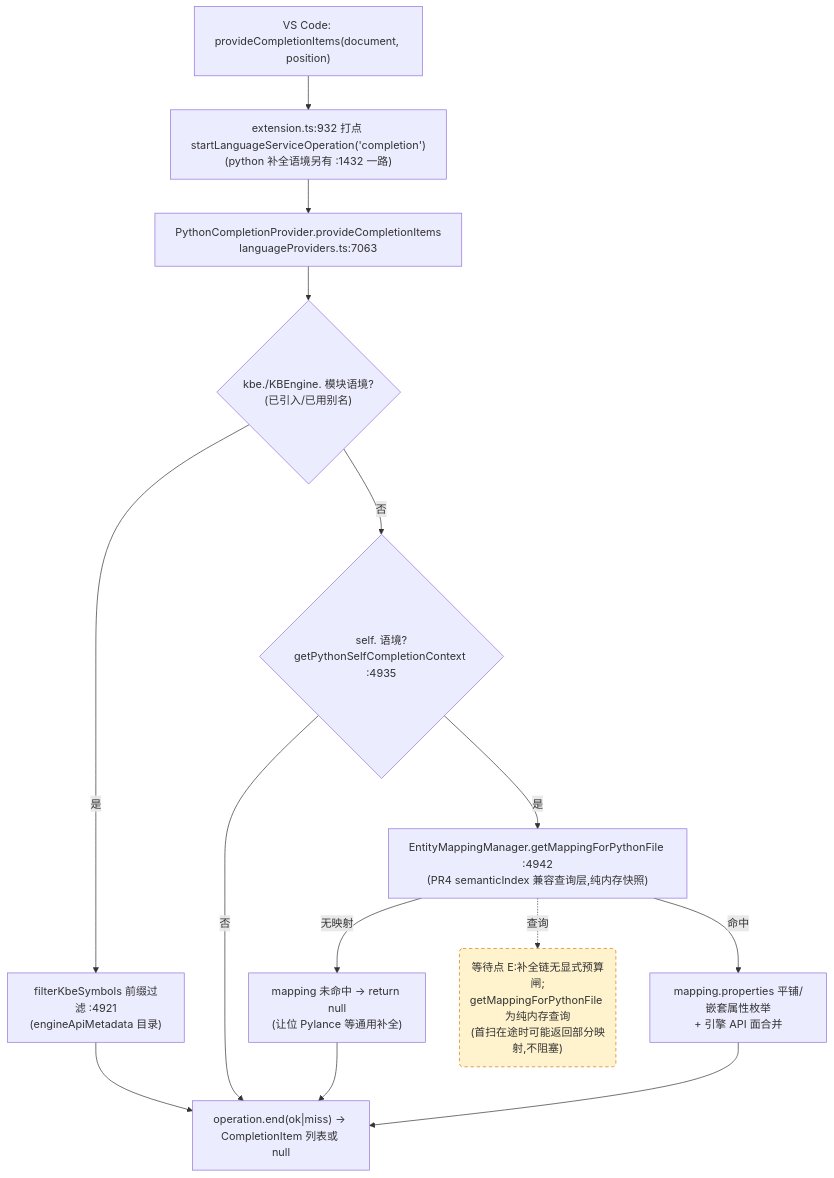
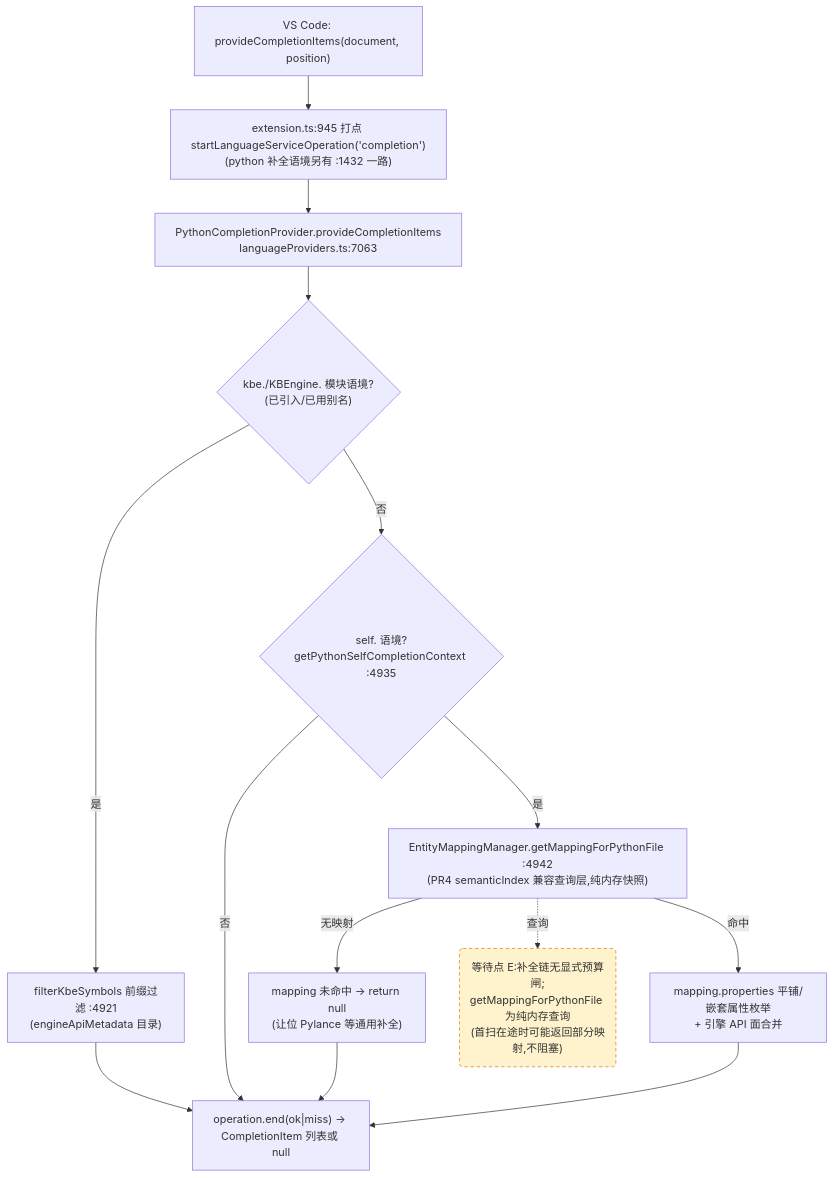
The third of 4 diagrams in docs/perf/2026-baseline.md (cuihairu/kode), drawn with Mermaid before and after one commit. The commit also changed other lines of this file and 8 other files, not shown here.

````diff
--- a/docs/perf/2026-baseline.md
+++ b/docs/perf/2026-baseline.md
@@ -184,27 +184,27 @@
 ```mermaid
 flowchart TD
   VC3["VS Code: provideCompletionItems(document, position)"]
-  M3["extension.ts:932 打点 startLanguageServiceOperation('completion')<br/>(python 补全语境另有 :1432 一路)"]
+  M3["extension.ts:945 打点 startLanguageServiceOperation('completion')<br/>(python 补全语境另有 :1432 一路)"]
   CP["PythonCompletionProvider.provideCompletionItems<br/>languageProviders.ts:7063"]
   KBEC{"kbe./KBEngine. 模块语境?<br/>(已引入/已用别名)"}
   FILTER["filterKbeSymbols 前缀过滤 :4921<br/>(engineApiMetadata 目录)"]
   SELFC{"self. 语境?<br/>getPythonSelfCompletionContext :4935"}
   MAP["EntityMappingManager.getMappingForPythonFile :4942<br/>(PR4 semanticIndex 兼容查询层,纯内存快照)"]
   NOMAP["mapping 未命中 → return null<br/>(让位 Pylance 等通用补全)"]
   PROPS["mapping.properties 平铺/嵌套属性枚举<br/>+ 引擎 API 面合并"]
   END3["operation.end(ok|miss) → CompletionItem 列表或 null"]
 
   VC3 --> M3 --> CP --> KBEC
   KBEC -- "是" --> FILTER --> END3
   KBEC -- "否" --> SELFC
   SELFC -- "否" --> END3
   SELFC -- "是" --> MAP
   MAP -- "无映射" --> NOMAP --> END3
   MAP -- "命中" --> PROPS --> END3
 
   WAITE("等待点 E:补全链无显式预算闸;<br/>getMappingForPythonFile 为纯内存查询<br/>(首扫在途时可能返回部分映射,不阻塞)")
   MAP -.->|查询| WAITE
 
   classDef waitPoint fill:#fff3cd,stroke:#d97706,stroke-dasharray:5 4;
   class WAITE waitPoint;
 ```
````
